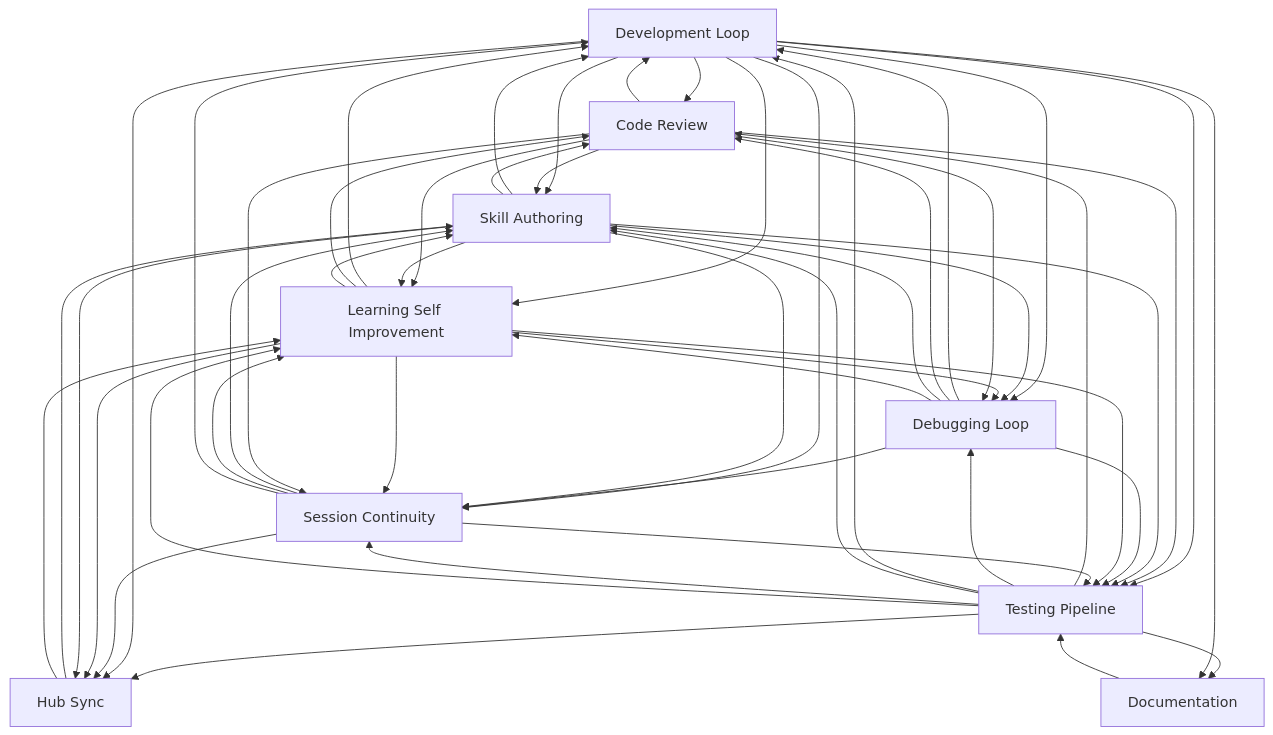
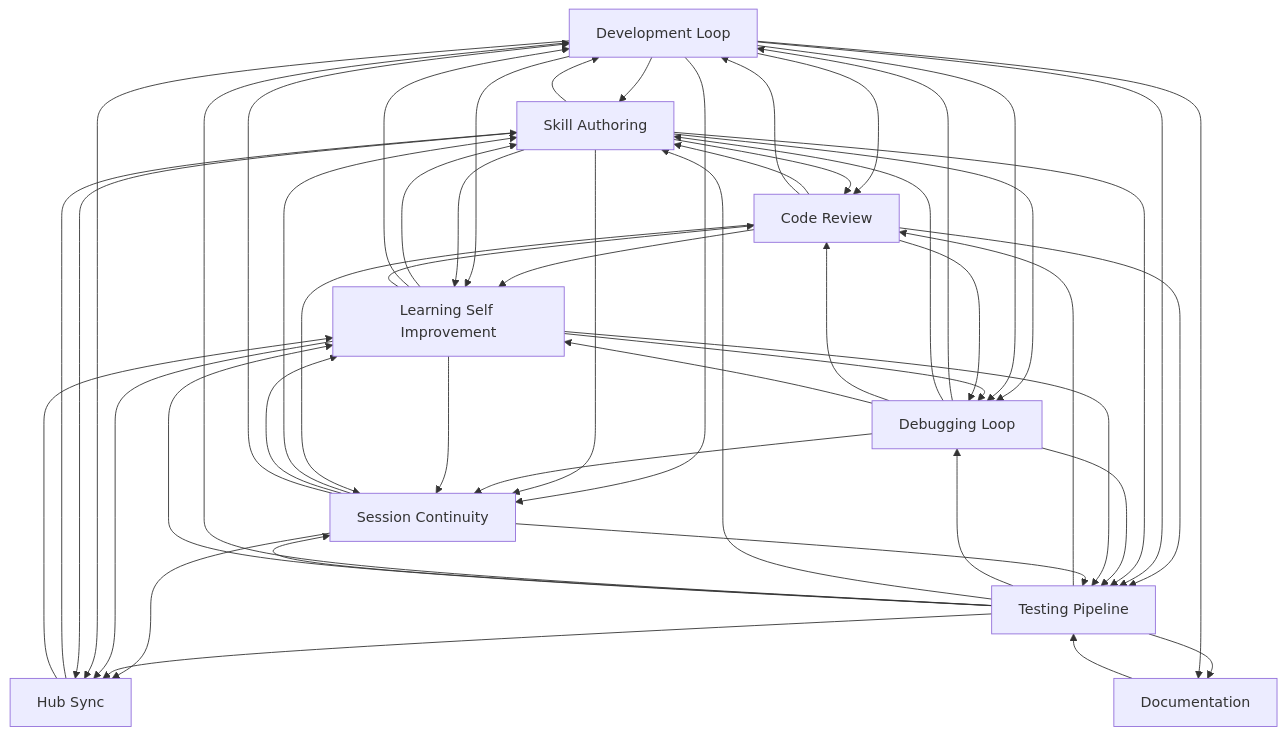
The diagram in docs/workflows/INDEX.md (abhayla/claude-best-practices), drawn with Mermaid before and after one commit. The commit also changed other lines of this file and 11 other files, not shown here.

````diff
--- a/docs/workflows/INDEX.md
+++ b/docs/workflows/INDEX.md
@@ -21,62 +21,62 @@
 ```mermaid
 graph TD
     development_loop[Development Loop]
     testing_pipeline[Testing Pipeline]
     debugging_loop[Debugging Loop]
     learning_self_improvement[Learning Self Improvement]
     session_continuity[Session Continuity]
     skill_authoring[Skill Authoring]
     code_review[Code Review]
     documentation[Documentation]
     hub_sync[Hub Sync]
     documentation --> testing_pipeline
+    code_review --> skill_authoring
+    code_review --> development_loop
+    development_loop --> skill_authoring
     development_loop --> code_review
-    development_loop --> skill_authoring
-    code_review --> development_loop
-    code_review --> skill_authoring
+    code_review --> learning_self_improvement
+    code_review --> testing_pipeline
     development_loop --> learning_self_improvement
     development_loop --> testing_pipeline
-    code_review --> learning_self_improvement
-    code_review --> testing_pipeline
     testing_pipeline --> code_review
     testing_pipeline --> debugging_loop
+    testing_pipeline --> skill_authoring
     testing_pipeline --> development_loop
-    testing_pipeline --> skill_authoring
+    skill_authoring --> code_review
     skill_authoring --> development_loop
-    skill_authoring --> code_review
     skill_authoring --> learning_self_improvement
     skill_authoring --> testing_pipeline
     development_loop --> session_continuity
-    testing_pipeline --> session_continuity
+    skill_authoring --> session_continuity
     debugging_loop --> session_continuity
     debugging_loop --> development_loop
-    skill_authoring --> session_continuity
-    development_loop --> debugging_loop
+    testing_pipeline --> session_continuity
+    skill_authoring --> debugging_loop
+    debugging_loop --> skill_authoring
     debugging_loop --> code_review
     debugging_loop --> testing_pipeline
-    debugging_loop --> skill_authoring
-    skill_authoring --> debugging_loop
+    development_loop --> debugging_loop
+    debugging_loop --> learning_self_improvement
     testing_pipeline --> learning_self_improvement
-    debugging_loop --> learning_self_improvement
+    learning_self_improvement --> skill_authoring
     learning_self_improvement --> debugging_loop
     learning_self_improvement --> development_loop
     learning_self_improvement --> code_review
     learning_self_improvement --> testing_pipeline
-    learning_self_improvement --> skill_authoring
     code_review --> debugging_loop
     learning_self_improvement --> session_continuity
     code_review --> session_continuity
+    session_continuity --> skill_authoring
+    session_continuity --> hub_sync
+    session_continuity --> learning_self_improvement
     testing_pipeline --> hub_sync
+    learning_self_improvement --> hub_sync
     development_loop --> hub_sync
-    session_continuity --> hub_sync
-    session_continuity --> skill_authoring
-    session_continuity --> learning_self_improvement
-    learning_self_improvement --> hub_sync
     testing_pipeline --> documentation
     development_loop --> documentation
     session_continuity --> development_loop
     session_continuity --> testing_pipeline
     skill_authoring --> hub_sync
     hub_sync --> skill_authoring
     hub_sync --> learning_self_improvement
 ```
````
